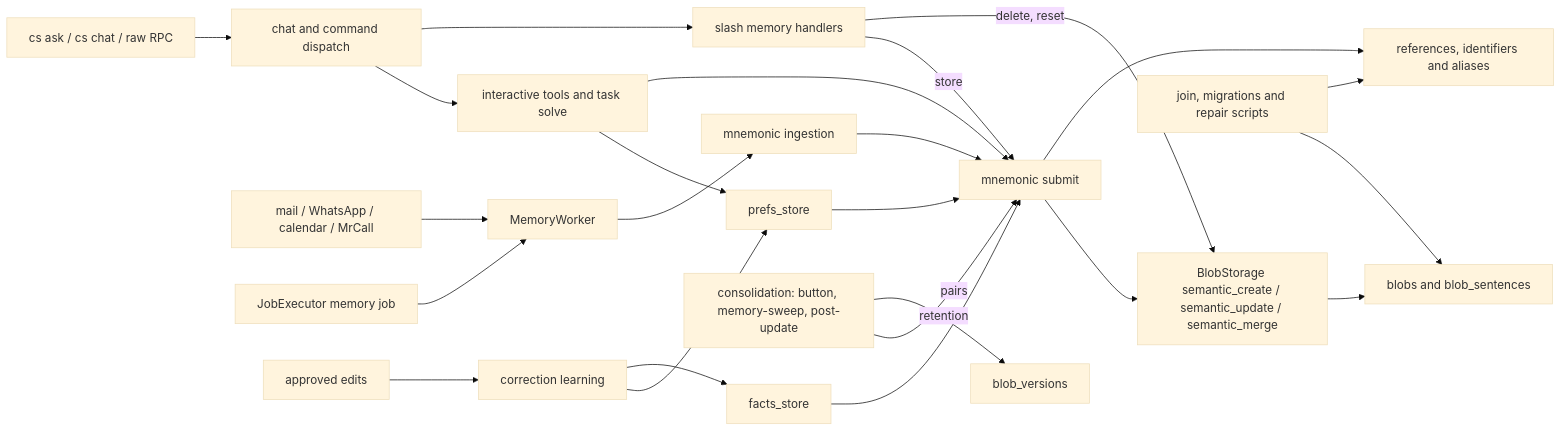
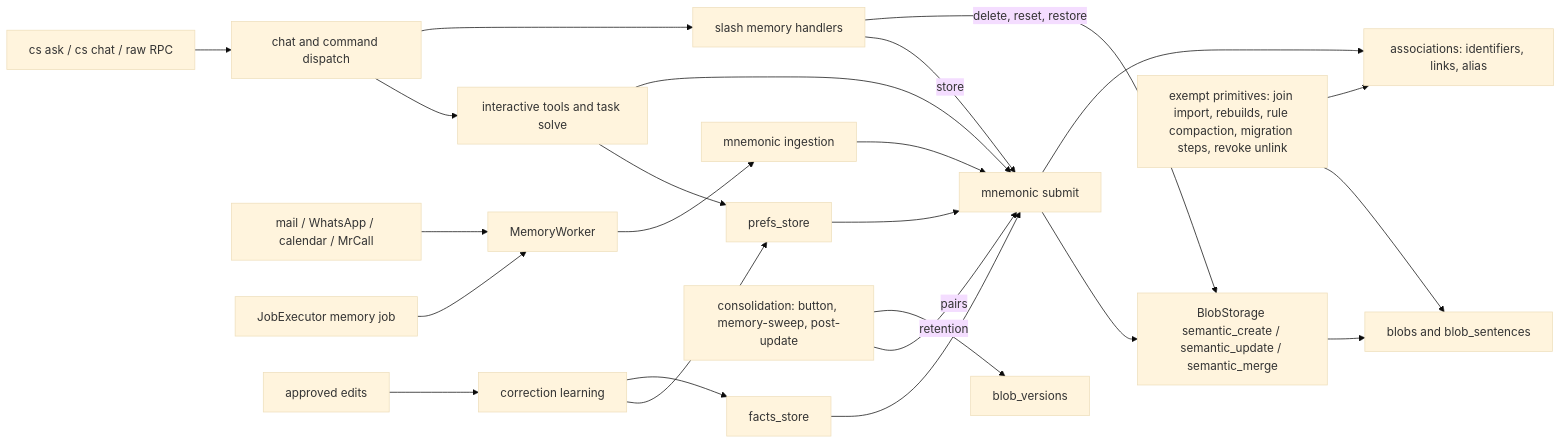
Before and after one commit to hahnbanach/mrcall-desktop: the diagram in engine/docs/features/mnemonic-writer-inventory.md, drawn with Mermaid (base theme). The commit also changed other lines of this file and 9 other files, not shown here.

````diff
--- a/engine/docs/features/mnemonic-writer-inventory.md
+++ b/engine/docs/features/mnemonic-writer-inventory.md
@@ -14,26 +18,26 @@
 ```mermaid
 flowchart LR
     K[cs ask / cs chat / raw RPC] --> C[chat and command dispatch]
     C --> I[interactive tools and task solve]
     C --> H[slash memory handlers]
     A[mail / WhatsApp / calendar / MrCall] --> W[MemoryWorker]
     J[JobExecutor memory job] --> W
     E[approved edits] --> L[correction learning]
     I --> P[prefs_store]
     L --> P
     L --> F[facts_store]
     W --> N[mnemonic ingestion]
     N --> S[mnemonic submit]
     I --> S
     H -->|store| S
     P --> S
     F --> S
     R[consolidation: button, memory-sweep, post-update] -->|pairs| S
     R -->|retention| V[blob_versions]
     S --> B[BlobStorage semantic_create / semantic_update / semantic_merge]
-    S --> X[references, identifiers and aliases]
-    H -->|delete, reset| B
+    S --> X[associations: identifiers, links, alias]
+    H -->|delete, reset, restore| B
     B --> T[blobs and blob_sentences]
-    O[join, migrations and repair scripts] --> T
+    O[exempt primitives: join import, rebuilds, rule compaction, migration steps, revoke unlink] --> T
     O --> X
 ```
````
